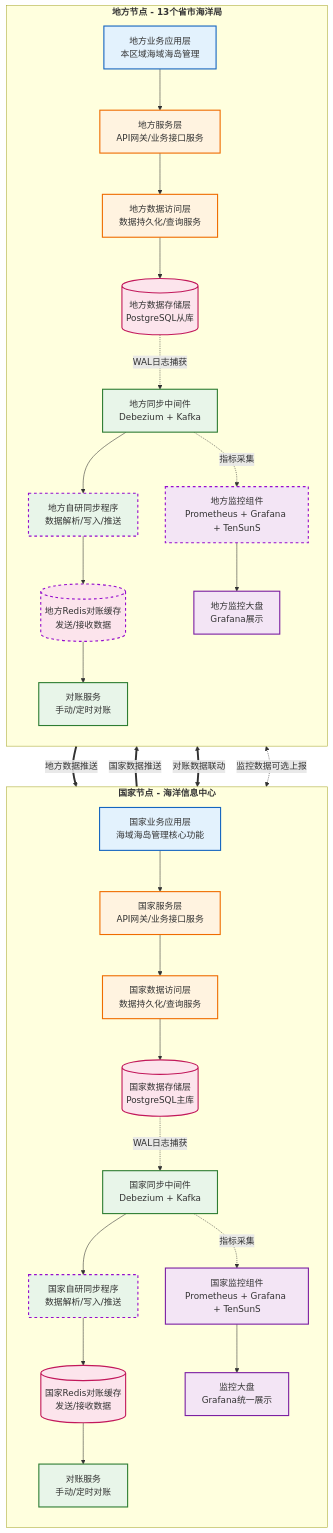
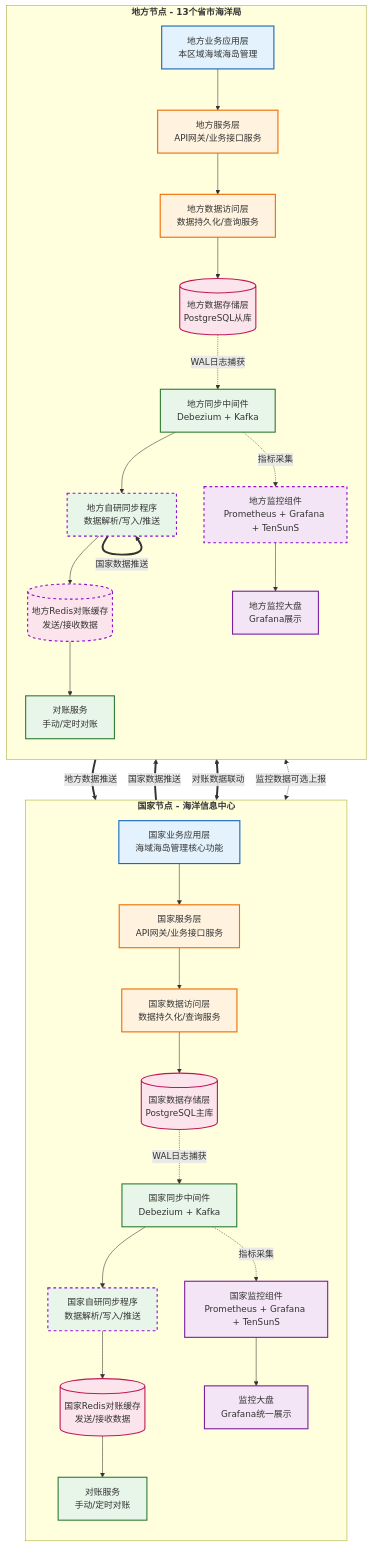
One commit to MyJohn2/iodraw-files changed the diagram in all/未命名-1.md. Above: the diagram before and after it, drawn with Mermaid.

Commit message:
2026-03-04 13:40:10 update

````diff
--- a/all/未命名-1.md
+++ b/all/未命名-1.md
@@ -1,67 +1,67 @@
 ```mermaid
 flowchart TD
     %% 定义样式
     classDef app fill:#e3f2fd,stroke:#1565c0,stroke-width:2px;
     classDef service fill:#fff3e0,stroke:#ef6c00,stroke-width:2px;
     classDef data fill:#fce4ec,stroke:#c2185b,stroke-width:2px;
     classDef sync fill:#e8f5e9,stroke:#2e7d32,stroke-width:2px;
     classDef monitor fill:#f3e5f5,stroke:#7b1fa2,stroke-width:2px;
     classDef linkLine stroke:#950DCD,stroke-width:2px,stroke-dasharray: 5 5;
 
     %% 国家节点 - 修复了标题括号问题
     subgraph NationNode [<B>国家节点 - 海洋信息中心]
         direction TB
         A1[国家业务应用层<br/>海域海岛管理核心功能]:::app
         B1[国家服务层<br/>API网关/业务接口服务]:::service
         C1[国家数据访问层<br/>数据持久化/查询服务]:::service
         D1[(国家数据存储层<br/>PostgreSQL主库)]:::data
         E1[国家同步中间件<br/>Debezium + Kafka]:::sync
         F1[国家自研同步程序<br/>数据解析/写入/推送]:::sync
         G1[(国家Redis对账缓存<br/>发送/接收数据)]:::data
         H1[国家监控组件<br/>Prometheus + Grafana + TenSunS]:::monitor
         I1[对账服务<br/>手动/定时对账]:::sync
         J1[监控大盘<br/>Grafana统一展示]:::monitor
 
         A1 --> B1
         B1 --> C1
         C1 --> D1
         D1 -.->|WAL日志捕获 | E1
         E1 --> F1
         F1 --> G1
         E1 -.->|指标采集 | H1
         G1 --> I1
         H1 --> J1
     end
     
     %% 地方节点 - 修复了标题括号问题
     subgraph LocalNode [<B>地方节点 - 13个省市海洋局]
         direction TB
         A2[地方业务应用层<br/>本区域海域海岛管理]:::app
         B2[地方服务层<br/>API网关/业务接口服务]:::service
         C2[地方数据访问层<br/>数据持久化/查询服务]:::service
         D2[(地方数据存储层<br/>PostgreSQL从库)]:::data
         E2[地方同步中间件<br/>Debezium + Kafka]:::sync
         F2[地方自研同步程序<br/>数据解析/写入/推送]:::sync
         G2[(地方Redis对账缓存<br/>发送/接收数据)]:::data
         H2[地方监控组件<br/>Prometheus + Grafana + TenSunS]:::monitor
         I2[对账服务<br/>手动/定时对账]:::sync
         J2[地方监控大盘<br/>Grafana展示]:::monitor
 
         A2 --> B2
         B2 --> C2
         C2 --> D2
         D2 -.->|WAL日志捕获 | E2
         E2 --> F2
         F2 --> G2
         E2 -.->|指标采集 | H2
         G2 --> I2
         H2 --> J2
     end
     
     %% 跨节点交互
     E2 ==>|地方数据推送 | F1:::linkLine
     E1 ==>|国家数据推送 | F2:::linkLine
     G1 <==>|对账数据联动 | G2:::linkLine
     H1 <-.->|监控数据可选上报 | H2:::linkLine
-    F2
+    F2 ==>|国家数据推送 | F2:::linkLine
 ```
````
